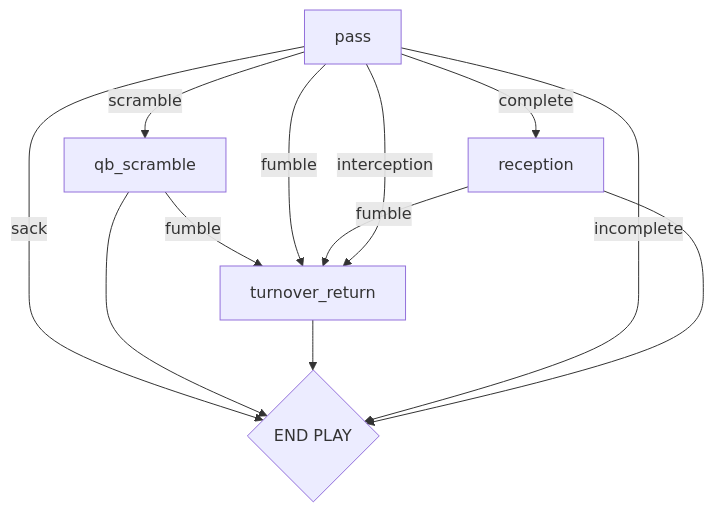
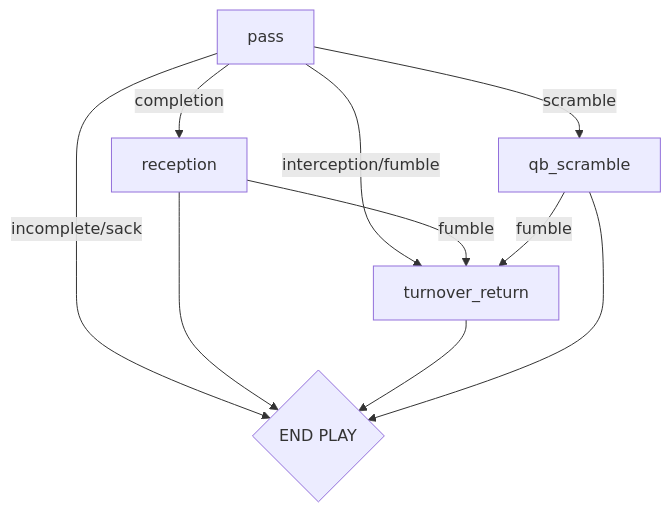
The eighth of 9 diagrams in docs/simulation.md (adam42739/nfl-sim), drawn with Mermaid before and after one commit. The commit also changed other lines of this file, not shown here.

Commit message:
docs: simulation flowchart organization

````diff
--- a/docs/simulation.md
+++ b/docs/simulation.md
@@ -89,14 +113,19 @@
 ```mermaid
 flowchart TD
-A[pass] --> |sack| B{END PLAY}
-A --> |scramble| E[qb_scramble]
-E --> |fumble| C
-E --> B
-A --> |fumble| C[turnover_return]
-C --> B
-A --> |complete| D[reception]
-A --> |incomplete| B
-D --> |fumble| C
-D --> B
-A --> |interception| C
+A[pass]
+B[turnover_return]
+C[reception]
+D[qb_scramble]
+E{END PLAY}
+
+A --> |interception/fumble| B
+A --> |completion| C
+A --> |scramble| D
+A --> |incomplete/sack| E
+
+C --> |fumble| B
+D --> |fumble| B
+C --> E
+B --> E
+D --> E
 ```
````
